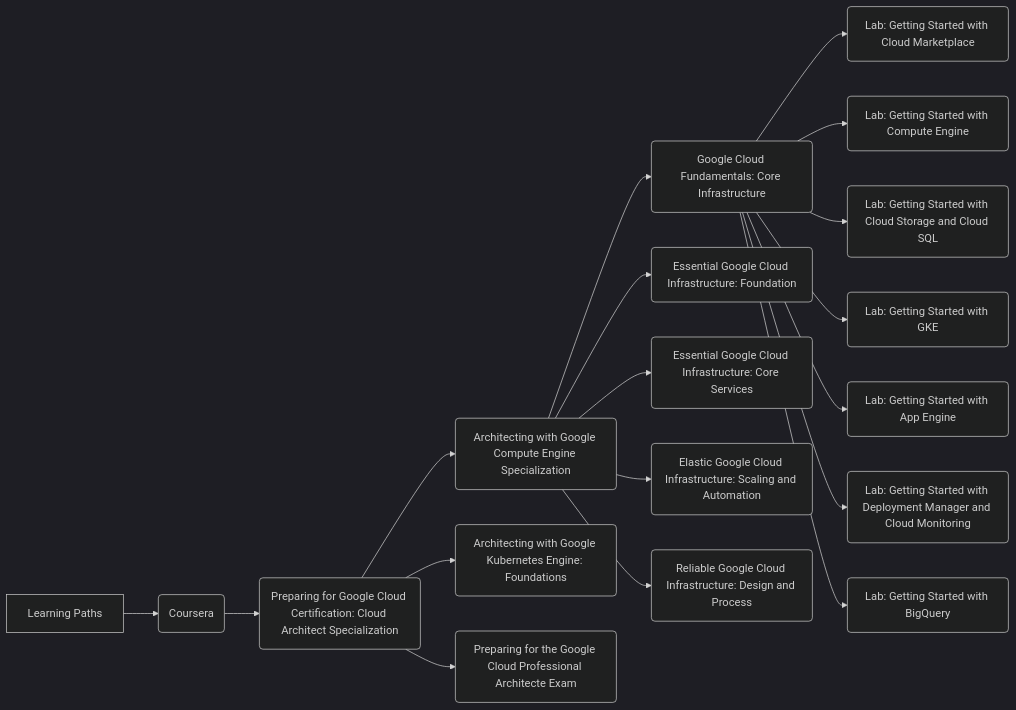
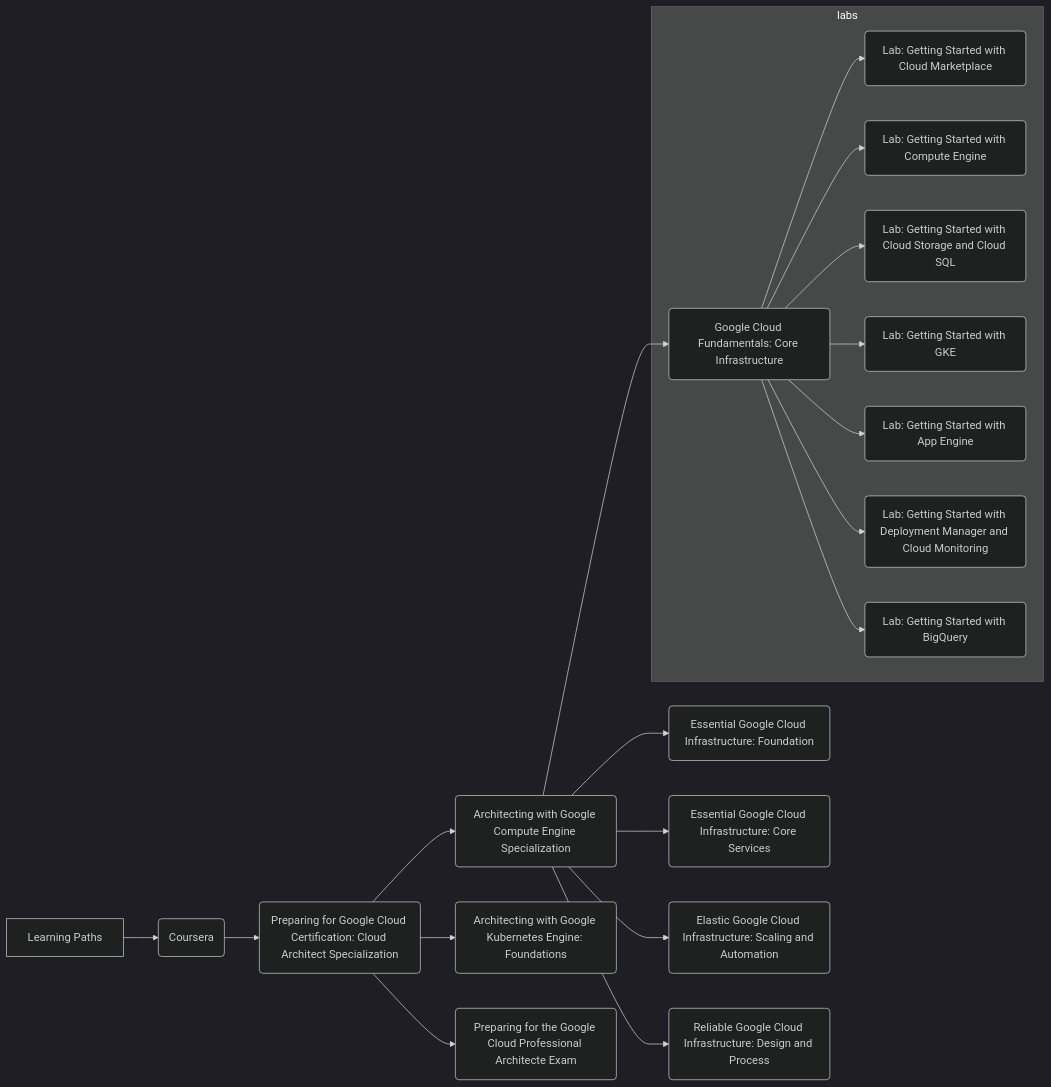
The diagram in examples/labs2.mmd (apnex/mermaid-api), drawn with Mermaid (dark theme) before and after one commit.

Commit message:
Newer changes..

```diff
--- a/examples/labs2.mmd
+++ b/examples/labs2.mmd
@@ -1,18 +1,21 @@
 graph LR
 	A[Learning Paths] --> B(Coursera)
 	B --> C(Preparing for Google Cloud Certification: Cloud Architect Specialization)
 	C --> D(Architecting with Google Compute Engine Specialization)
 	D --> E(Google Cloud Fundamentals: Core Infrastructure)
 	D --> F(Essential Google Cloud Infrastructure: Foundation)
 	D --> G(Essential Google Cloud Infrastructure: Core Services)
 	D --> H(Elastic Google Cloud Infrastructure: Scaling and Automation)
 	D --> I(Reliable Google Cloud Infrastructure: Design and Process)
 	C --> J(Architecting with Google Kubernetes Engine: Foundations)
 	C --> K(Preparing for the Google Cloud Professional Architecte Exam)
-	E --> E1(Lab: Getting Started with Cloud Marketplace)
-	E --> E2(Lab: Getting Started with Compute Engine)
-	E --> E3(Lab: Getting Started with Cloud Storage and Cloud SQL)
-	E --> E4(Lab: Getting Started with GKE)
-	E --> E5(Lab: Getting Started with App Engine)
-	E --> E6(Lab: Getting Started with Deployment Manager and Cloud Monitoring)
-	E --> E7(Lab: Getting Started with BigQuery)
+
+	subgraph labs
+		E --> E1(Lab: Getting Started with Cloud Marketplace)
+		E --> E2(Lab: Getting Started with Compute Engine)
+		E --> E3(Lab: Getting Started with Cloud Storage and Cloud SQL)
+		E --> E4(Lab: Getting Started with GKE)
+		E --> E5(Lab: Getting Started with App Engine)
+		E --> E6(Lab: Getting Started with Deployment Manager and Cloud Monitoring)
+		E --> E7(Lab: Getting Started with BigQuery)
+	end
```
